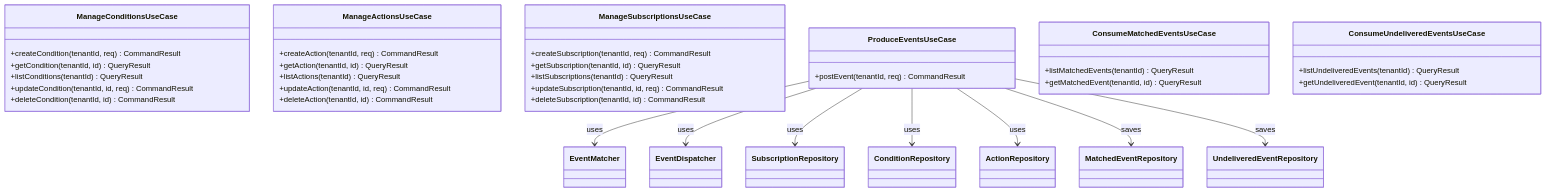
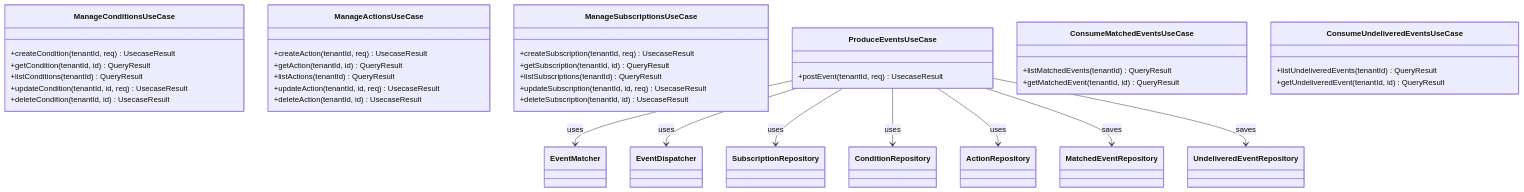
The second of 5 diagrams in alert-notification/UML.md (UIMSolutions/uim-platform), drawn with Mermaid before and after one commit. The commit also changed other lines of this file and 907 other files, not shown here.

Commit message:
Rename CommandResult

````diff
--- a/alert-notification/UML.md
+++ b/alert-notification/UML.md
@@ -126,48 +126,48 @@
 ```mermaid
 classDiagram
     class ManageConditionsUseCase {
-        +createCondition(tenantId, req) CommandResult
+        +createCondition(tenantId, req) UsecaseResult
         +getCondition(tenantId, id) QueryResult
         +listConditions(tenantId) QueryResult
-        +updateCondition(tenantId, id, req) CommandResult
-        +deleteCondition(tenantId, id) CommandResult
+        +updateCondition(tenantId, id, req) UsecaseResult
+        +deleteCondition(tenantId, id) UsecaseResult
     }
 
     class ManageActionsUseCase {
-        +createAction(tenantId, req) CommandResult
+        +createAction(tenantId, req) UsecaseResult
         +getAction(tenantId, id) QueryResult
         +listActions(tenantId) QueryResult
-        +updateAction(tenantId, id, req) CommandResult
-        +deleteAction(tenantId, id) CommandResult
+        +updateAction(tenantId, id, req) UsecaseResult
+        +deleteAction(tenantId, id) UsecaseResult
     }
 
     class ManageSubscriptionsUseCase {
-        +createSubscription(tenantId, req) CommandResult
+        +createSubscription(tenantId, req) UsecaseResult
         +getSubscription(tenantId, id) QueryResult
         +listSubscriptions(tenantId) QueryResult
-        +updateSubscription(tenantId, id, req) CommandResult
-        +deleteSubscription(tenantId, id) CommandResult
+        +updateSubscription(tenantId, id, req) UsecaseResult
+        +deleteSubscription(tenantId, id) UsecaseResult
     }
 
     class ProduceEventsUseCase {
-        +postEvent(tenantId, req) CommandResult
+        +postEvent(tenantId, req) UsecaseResult
     }
 
     class ConsumeMatchedEventsUseCase {
         +listMatchedEvents(tenantId) QueryResult
         +getMatchedEvent(tenantId, id) QueryResult
     }
 
     class ConsumeUndeliveredEventsUseCase {
         +listUndeliveredEvents(tenantId) QueryResult
         +getUndeliveredEvent(tenantId, id) QueryResult
     }
 
     ProduceEventsUseCase --> EventMatcher : uses
     ProduceEventsUseCase --> EventDispatcher : uses
     ProduceEventsUseCase --> SubscriptionRepository : uses
     ProduceEventsUseCase --> ConditionRepository : uses
     ProduceEventsUseCase --> ActionRepository : uses
     ProduceEventsUseCase --> MatchedEventRepository : saves
     ProduceEventsUseCase --> UndeliveredEventRepository : saves
 ```
````
